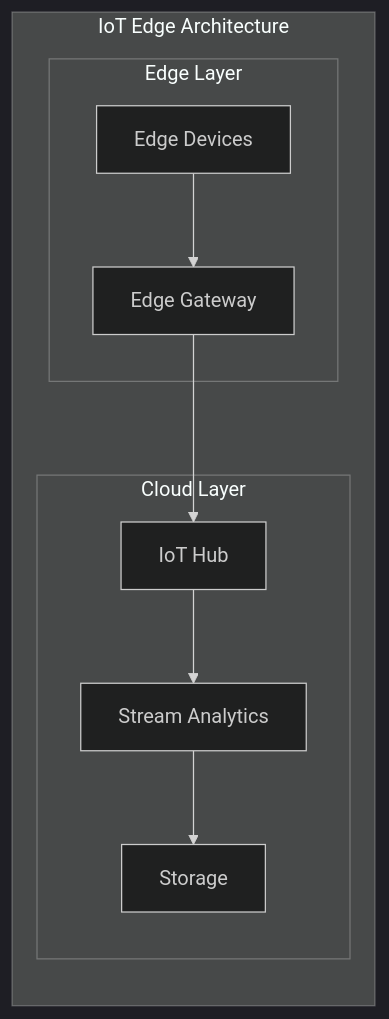
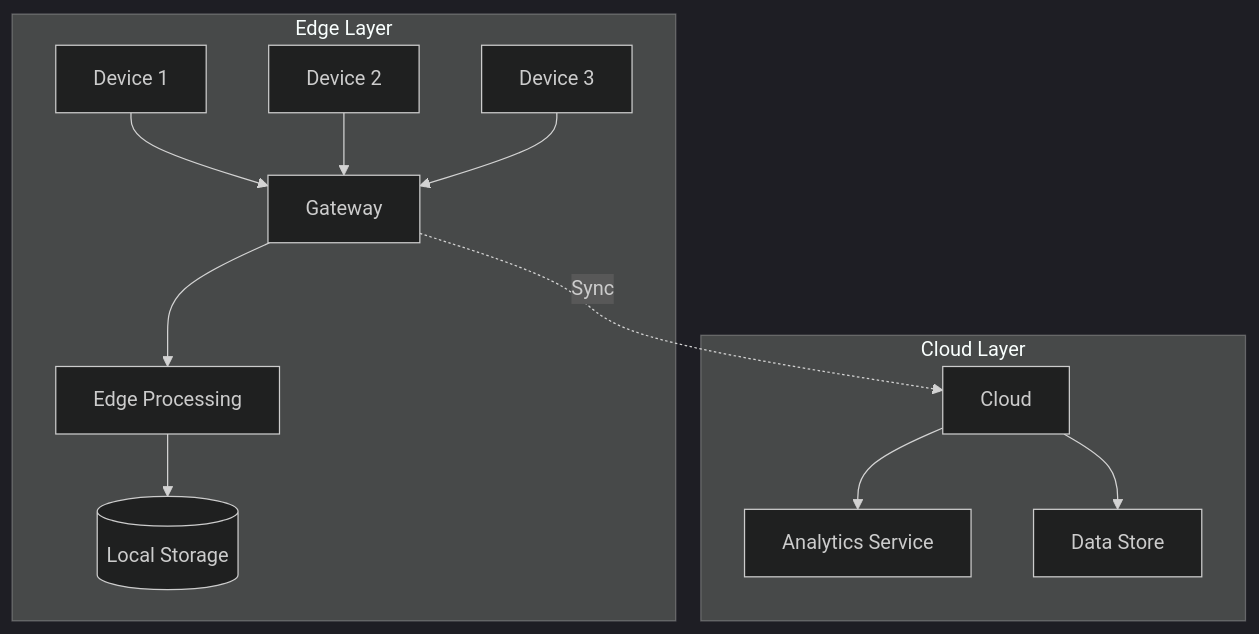
The second of 4 diagrams in src/Edge_Computing_Architectures.md (saravanakumarrc/Architecture_Journey), drawn with Mermaid (dark theme) before and after one commit. The commit also changed other lines of this file and 3 other files, not shown here.

````diff
--- a/src/Edge_Computing_Architectures.md
+++ b/src/Edge_Computing_Architectures.md
@@ -33,24 +33,17 @@
 ```mermaid
 graph TB
-    subgraph "IoT Edge Architecture"
-        direction TB
+    subgraph "Edge Layer"
+        D1[Device 1] --> G[Gateway]
+        D2[Device 2] --> G
+        D3[Device 3] --> G
         
-        subgraph "Edge Layer"
-            ED[Edge Devices]
-            EG[Edge Gateway]
-            
-            ED --> EG
-        end
-        
-        subgraph "Cloud Layer"
-            IOT[IoT Hub]
-            STREAM[Stream Analytics]
-            STORE[Storage]
-            
-            IOT --> STREAM
-            STREAM --> STORE
-        end
-        
-        EG --> IOT
+        G --> EP[Edge Processing]
+        EP --> LS[(Local Storage)]
+    end
+    
+    subgraph "Cloud Layer"
+        G -.-> |Sync| C[Cloud]
+        C --> AS[Analytics Service]
+        C --> DS[Data Store]
     end
 ```
````
